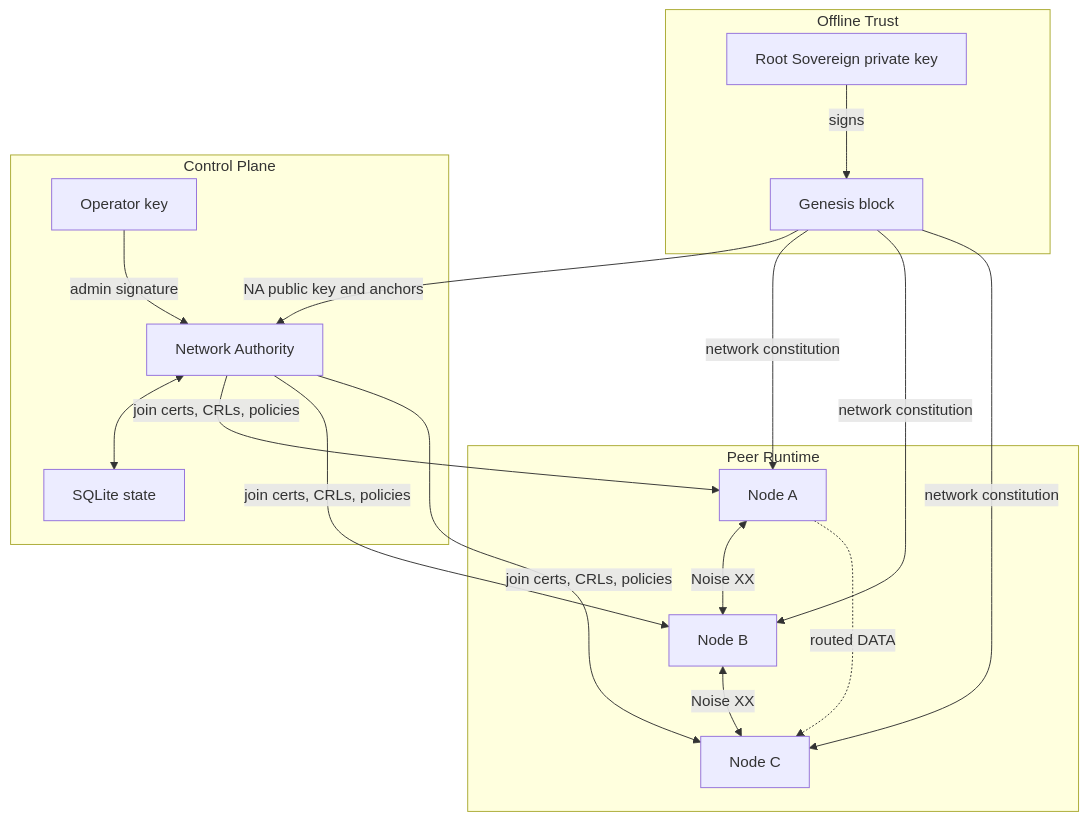
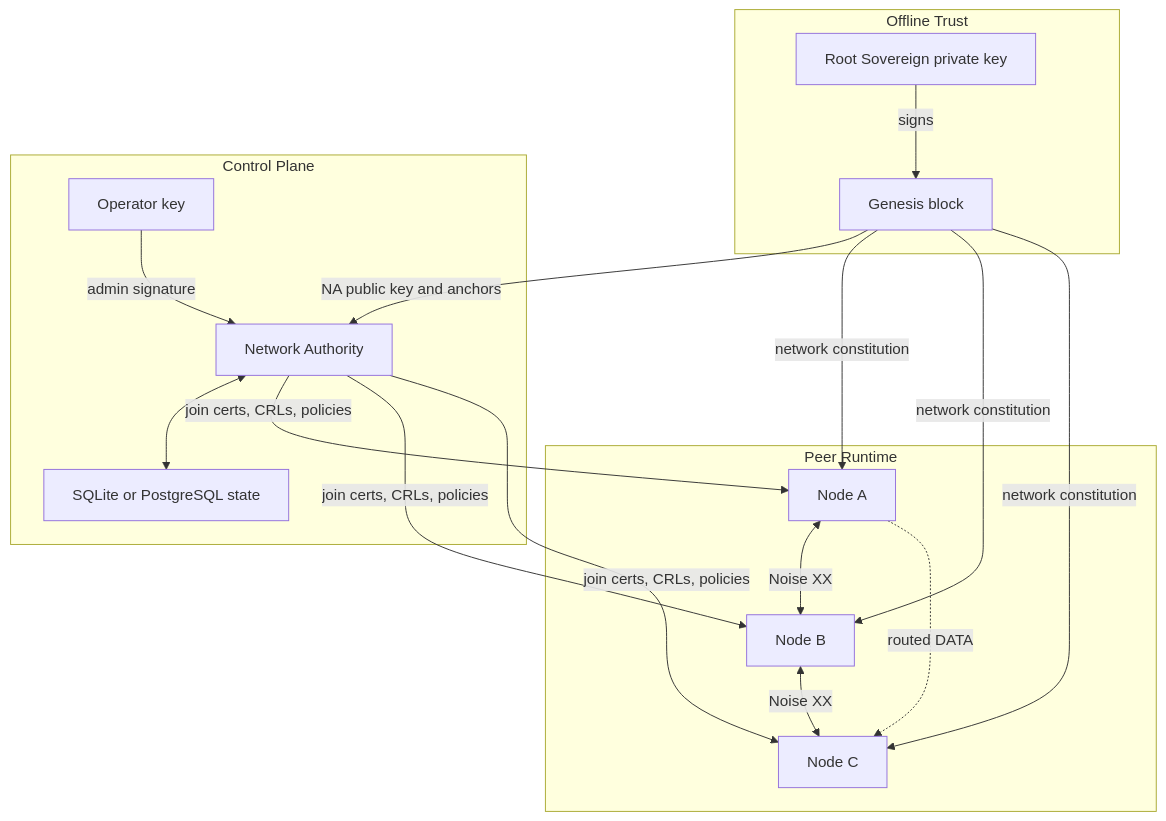
The diagram in docs/concepts/architecture.md (GenesisMeshLabs/genesismesh), drawn with Mermaid before and after one commit. The commit also changed other lines of this file and 54 other files, not shown here.

````diff
--- a/docs/concepts/architecture.md
+++ b/docs/concepts/architecture.md
@@ -24,33 +26,33 @@
 ```{mermaid}
 flowchart TB
     subgraph offline["Offline Trust"]
         rs["Root Sovereign private key"]
         genesis["Genesis block"]
         rs -->|signs| genesis
     end
 
     subgraph control["Control Plane"]
         na["Network Authority"]
-        db["SQLite state"]
+        db["SQLite or PostgreSQL state"]
         operator["Operator key"]
         operator -->|admin signature| na
         na <--> db
     end
 
     subgraph mesh["Peer Runtime"]
         a["Node A"]
         b["Node B"]
         c["Node C"]
         a <-->|Noise XX| b
         b <-->|Noise XX| c
         a -. routed DATA .-> c
     end
 
     genesis -->|NA public key and anchors| na
     genesis -->|network constitution| a
     genesis -->|network constitution| b
     genesis -->|network constitution| c
     na -->|join certs, CRLs, policies| a
     na -->|join certs, CRLs, policies| b
     na -->|join certs, CRLs, policies| c
 ```
````
